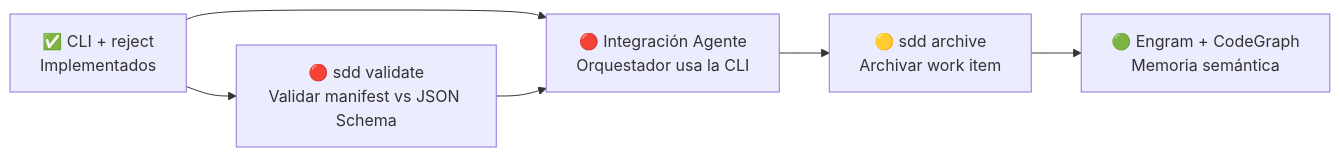
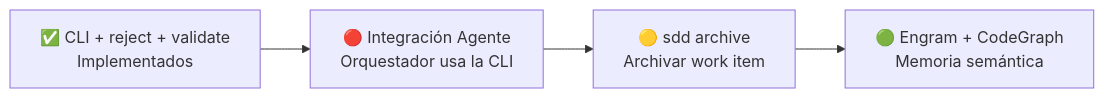
The third of 3 diagrams in docs/7-cli-impl-documentacion.md (matiasezequieldimuro/ssd-workflow), drawn with Mermaid before and after one commit. The commit also changed other lines of this file and 20 other files, not shown here.

````diff
--- a/docs/7-cli-impl-documentacion.md
+++ b/docs/7-cli-impl-documentacion.md
@@ -489,14 +515,11 @@
 ```mermaid
 graph LR
-    CLI["✅ CLI + reject\nImplementados"]
-    VALIDATE["🔴 sdd validate\nValidar manifest vs JSON Schema"]
+    CLI["✅ CLI + reject + validate\nImplementados"]
     AGENT["🔴 Integración Agente\nOrquestador usa la CLI"]
     ARCHIVE["🟡 sdd archive\nArchivar work item"]
     ENGRAM["🟢 Engram + CodeGraph\nMemoria semántica"]
 
-    CLI --> VALIDATE
     CLI --> AGENT
-    VALIDATE --> AGENT
     AGENT --> ARCHIVE
     ARCHIVE --> ENGRAM
 ```
````
